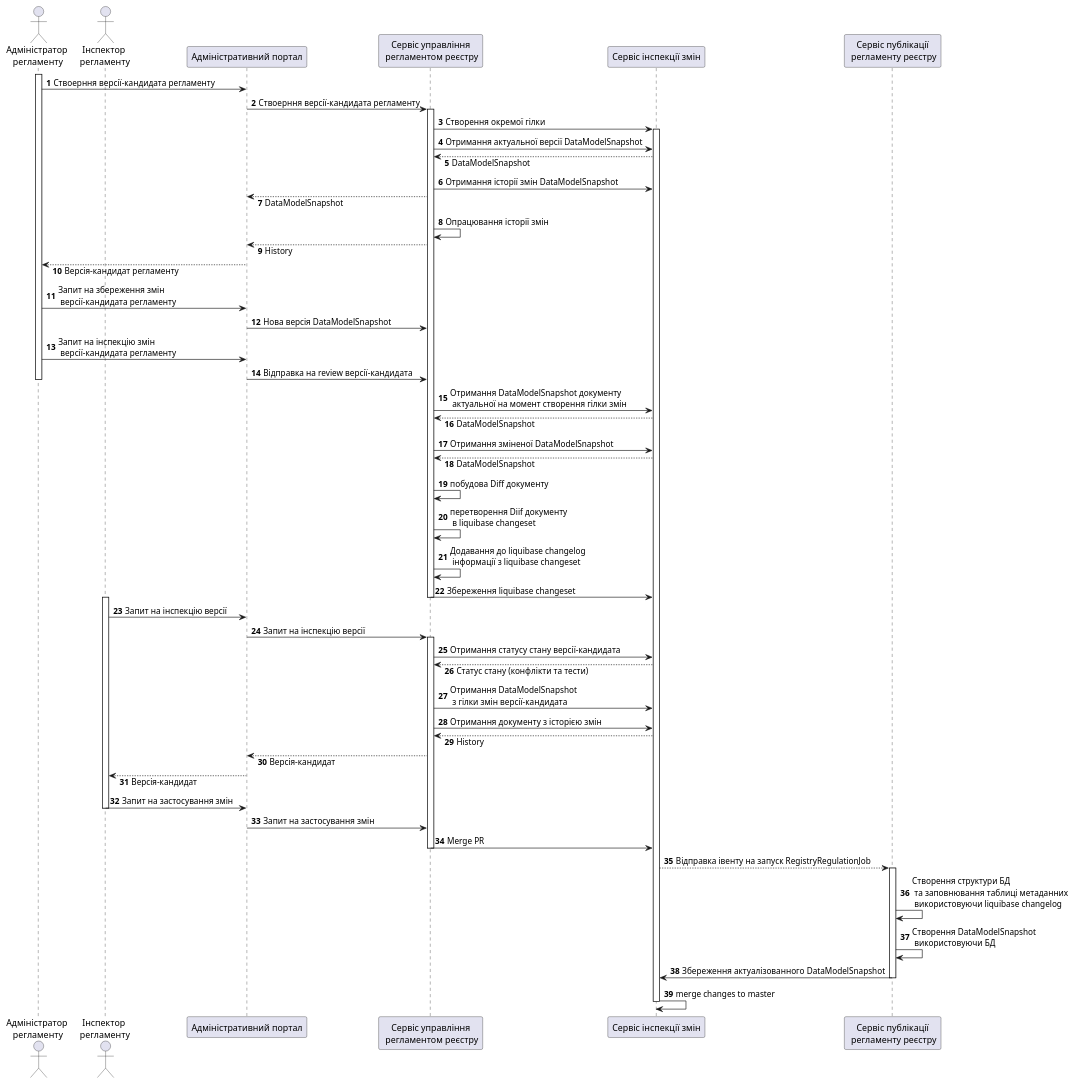
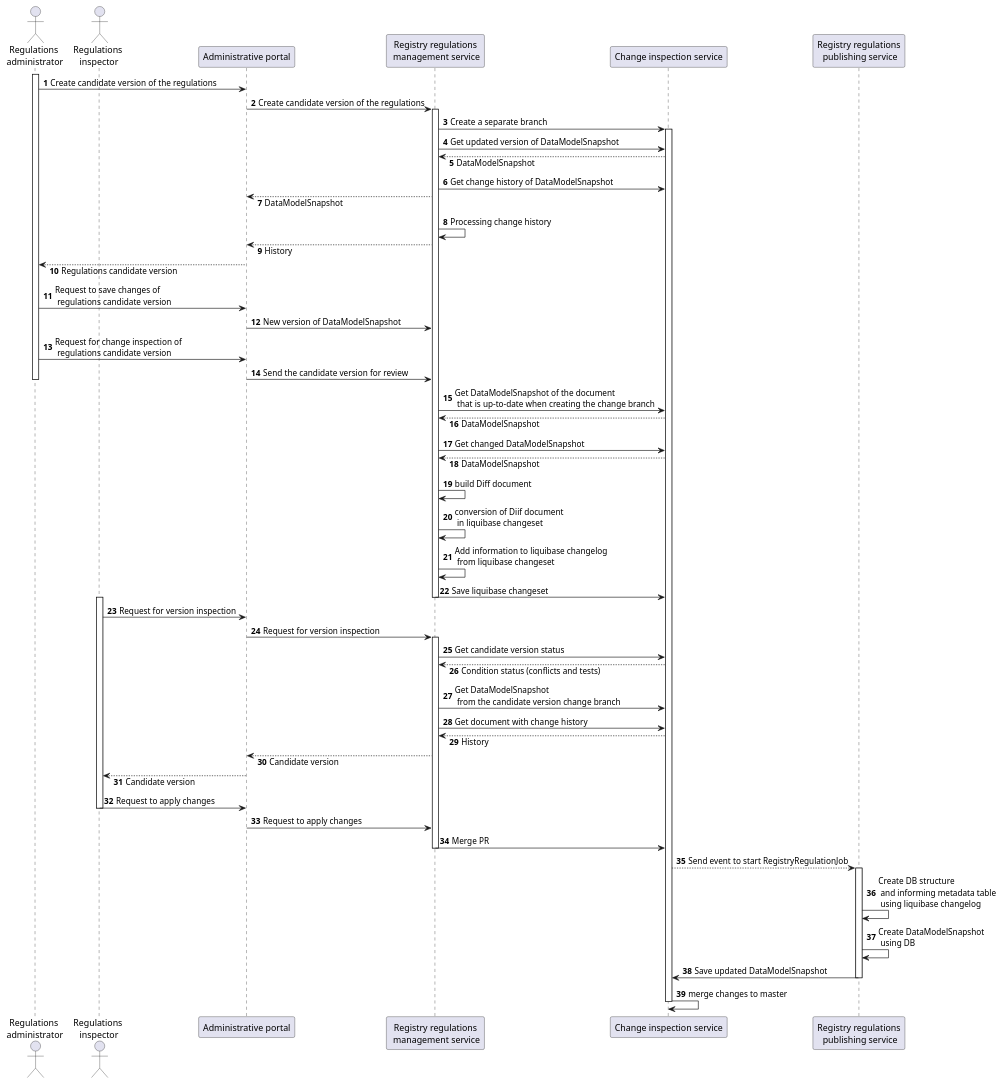
The diagram in docs/ua/modules/arch/partials/architecture/registry/administrative/regulation-management/admin-portal/db-tables-management-sequence.puml (epam/edp-ddm-architecture), drawn with PlantUML before and after one commit. The commit also changed 17 other files, not shown here.

Commit message:
[EDP-DDM-27642] Translated admin-portal-data-model-management doc

```diff
--- a/docs/ua/modules/arch/partials/architecture/registry/administrative/regulation-management/admin-portal/db-tables-management-sequence.puml
+++ b/docs/ua/modules/arch/partials/architecture/registry/administrative/regulation-management/admin-portal/db-tables-management-sequence.puml
@@ -1,85 +1,85 @@
 @startuml
 
 autonumber
 skinparam responseMessageBelowArrow true
 
-actor "Адміністратор\n регламенту" as User
-actor "Інспектор\n регламенту" as Reviewer
+actor "Regulations\n administrator" as User
+actor "Regulations\n inspector" as Reviewer
 
-participant "Адміністративний портал" as FrontEnd
-participant "Сервіс управління\n регламентом реєстру" as BackendService
-participant "Сервіс інспекції змін" as Gerrit
-participant "Сервіс публікації\n регламенту реєстру" as Jenkins
+participant "Administrative portal" as FrontEnd
+participant "Registry regulations\n management service" as BackendService
+participant "Change inspection service" as Gerrit
+participant "Registry regulations\n publishing service" as Jenkins
 
 activate User
-User -> FrontEnd: Ствоерння версії-кандидата регламенту
-FrontEnd -> BackendService: Ствоерння версії-кандидата регламенту
+User -> FrontEnd: Create candidate version of the regulations
+FrontEnd -> BackendService: Create candidate version of the regulations
 activate BackendService
-BackendService -> Gerrit: Створення окремої гілки
+BackendService -> Gerrit: Create a separate branch
 activate Gerrit
-BackendService -> Gerrit: Отримання актуальної версії DataModelSnapshot
+BackendService -> Gerrit: Get updated version of DataModelSnapshot
 BackendService <-- Gerrit: DataModelSnapshot
 
-BackendService -> Gerrit: Отримання історії змін DataModelSnapshot
+BackendService -> Gerrit: Get change history of DataModelSnapshot
 FrontEnd <-- BackendService: DataModelSnapshot
 
-BackendService -> BackendService: Опрацювання історії змін
+BackendService -> BackendService: Processing change history
 FrontEnd <-- BackendService: History
-User <-- FrontEnd: Версія-кандидат регламенту
+User <-- FrontEnd: Regulations candidate version
 
-User -> FrontEnd: Запит на збереження змін\n версії-кандидата регламенту
-FrontEnd -> BackendService: Нова версія DataModelSnapshot
+User -> FrontEnd: Request to save changes of\n regulations candidate version
+FrontEnd -> BackendService: New version of DataModelSnapshot
 
-User -> FrontEnd: Запит на інспекцію змін\n версії-кандидата регламенту
-FrontEnd -> BackendService: Відправка на review версії-кандидата
+User -> FrontEnd: Request for change inspection of\n regulations candidate version
+FrontEnd -> BackendService: Send the candidate version for review
 
 deactivate User
 
-BackendService -> Gerrit: Отримання DataModelSnapshot документу\n актуальної на момент створення гілки змін
+BackendService -> Gerrit: Get DataModelSnapshot of the document\n that is up-to-date when creating the change branch
 BackendService <-- Gerrit: DataModelSnapshot
 
-BackendService -> Gerrit: Отримання зміненої DataModelSnapshot
+BackendService -> Gerrit: Get changed DataModelSnapshot
 BackendService <-- Gerrit: DataModelSnapshot
-BackendService -> BackendService: побудова Diff документу
-BackendService -> BackendService: перетворення Diif документу\n в liquibase changeset
+BackendService -> BackendService: build Diff document
+BackendService -> BackendService: conversion of Diif document\n in liquibase changeset
 
-BackendService -> BackendService: Додавання до liquibase сhangelog\n інформації з liquibase changeset
-BackendService -> Gerrit: Збереження liquibase changeset
+BackendService -> BackendService: Add information to liquibase сhangelog\n from liquibase changeset
+BackendService -> Gerrit: Save liquibase changeset
 deactivate BackendService
 
 activate Reviewer
-Reviewer -> FrontEnd: Запит на інспекцію версії
-FrontEnd -> BackendService: Запит на інспекцію версії
+Reviewer -> FrontEnd: Request for version inspection
+FrontEnd -> BackendService: Request for version inspection
 
 activate BackendService
-BackendService -> Gerrit: Отримання статусу стану версії-кандидата
-BackendService <-- Gerrit: Статус стану (конфлікти та тести)
-BackendService -> Gerrit: Отримання DataModelSnapshot\n з гілки змін версії-кандидата
+BackendService -> Gerrit: Get candidate version status
+BackendService <-- Gerrit: Condition status (conflicts and tests)
+BackendService -> Gerrit: Get DataModelSnapshot\n from the candidate version change branch
 
 'Add diff here
 
-BackendService -> Gerrit: Отримання документу з історією змін
+BackendService -> Gerrit: Get document with change history
 BackendService <-- Gerrit: History
-FrontEnd <-- BackendService: Версія-кандидат
-Reviewer <-- FrontEnd: Версія-кандидат
+FrontEnd <-- BackendService: Candidate version
+Reviewer <-- FrontEnd: Candidate version
 
-Reviewer -> FrontEnd: Запит на застосування змін
+Reviewer -> FrontEnd: Request to apply changes
 deactivate Reviewer
 
-FrontEnd -> BackendService: Запит на застосування змін
+FrontEnd -> BackendService: Request to apply changes
 
 BackendService -> Gerrit: Merge PR
 deactivate BackendService
 
-Gerrit --> Jenkins: Відправка івенту на запуск RegistryRegulationJob
+Gerrit --> Jenkins: Send event to start RegistryRegulationJob
 
 activate Jenkins
-Jenkins -> Jenkins: Створення структури БД\n та заповнювання таблиці метаданних\n використовуючи liquibase changelog
-Jenkins -> Jenkins: Створення DataModelSnapshot\n використовуючи БД
+Jenkins -> Jenkins: Create DB structure\n and informing metadata table\n using liquibase changelog
+Jenkins -> Jenkins: Create DataModelSnapshot\n using DB
 
-Jenkins -> Gerrit: Збереження актуалізованного DataModelSnapshot
+Jenkins -> Gerrit: Save updated DataModelSnapshot
 deactivate Jenkins
 Gerrit -> Gerrit: merge changes to master
 deactivate Gerrit
 
 @enduml
```
